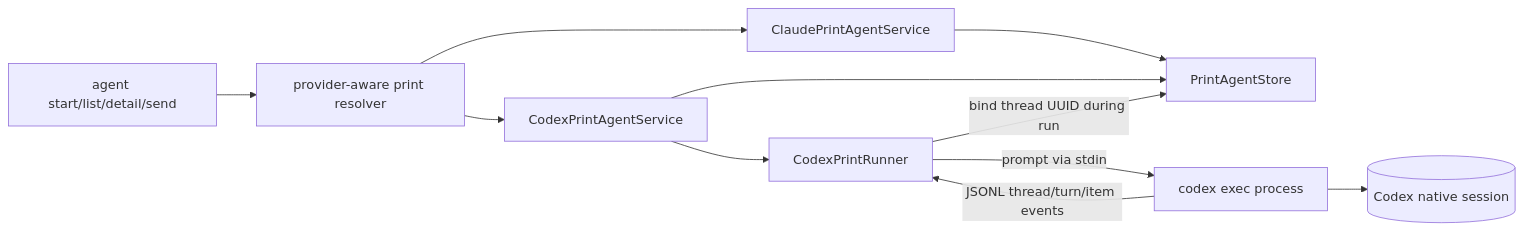
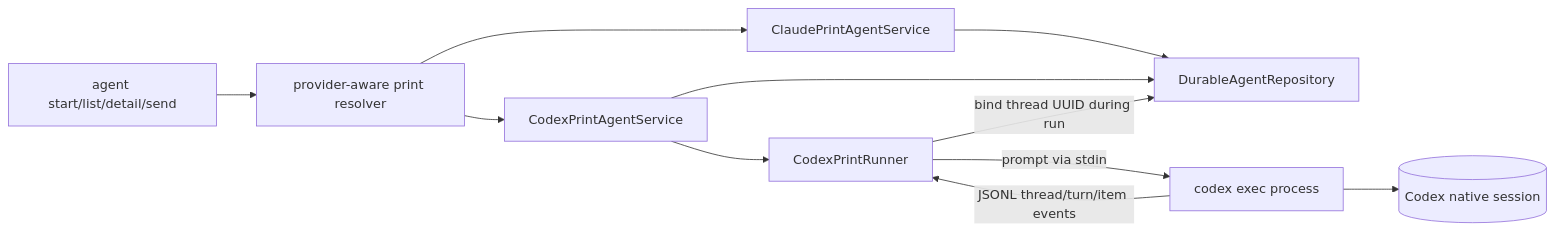
Before and after one commit to codeaholicguy/ai-devkit: the diagram in docs/ai/design/2026-08-11-feature-codex-print-mode.md, drawn with Mermaid. The commit also changed other lines of this file and 10 other files, not shown here.

Commit message:
refactor(agent): adapt codex print mode to durable agents

````diff
--- a/docs/ai/design/2026-08-11-feature-codex-print-mode.md
+++ b/docs/ai/design/2026-08-11-feature-codex-print-mode.md
@@ -13,13 +13,13 @@
 ```mermaid
 flowchart LR
   CLI[agent start/list/detail/send] --> Resolver[provider-aware print resolver]
   Resolver --> Claude[ClaudePrintAgentService]
   Resolver --> Codex[CodexPrintAgentService]
-  Claude --> Store[PrintAgentStore]
-  Codex --> Store
+  Claude --> Repository[DurableAgentRepository]
+  Codex --> Repository
   Codex --> Runner[CodexPrintRunner]
   Runner -->|prompt via stdin| Exec[codex exec process]
   Exec -->|JSONL thread/turn/item events| Runner
-  Runner -->|bind thread UUID during run| Store
+  Runner -->|bind thread UUID during run| Repository
   Exec --> Native[(Codex native session)]
 ```
````
